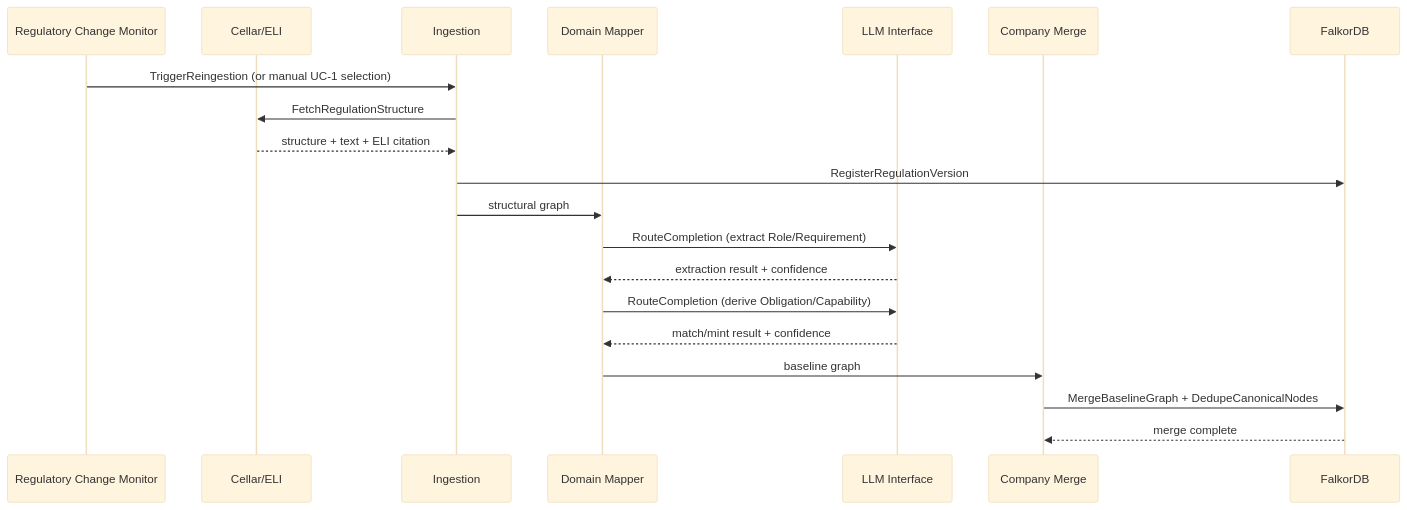
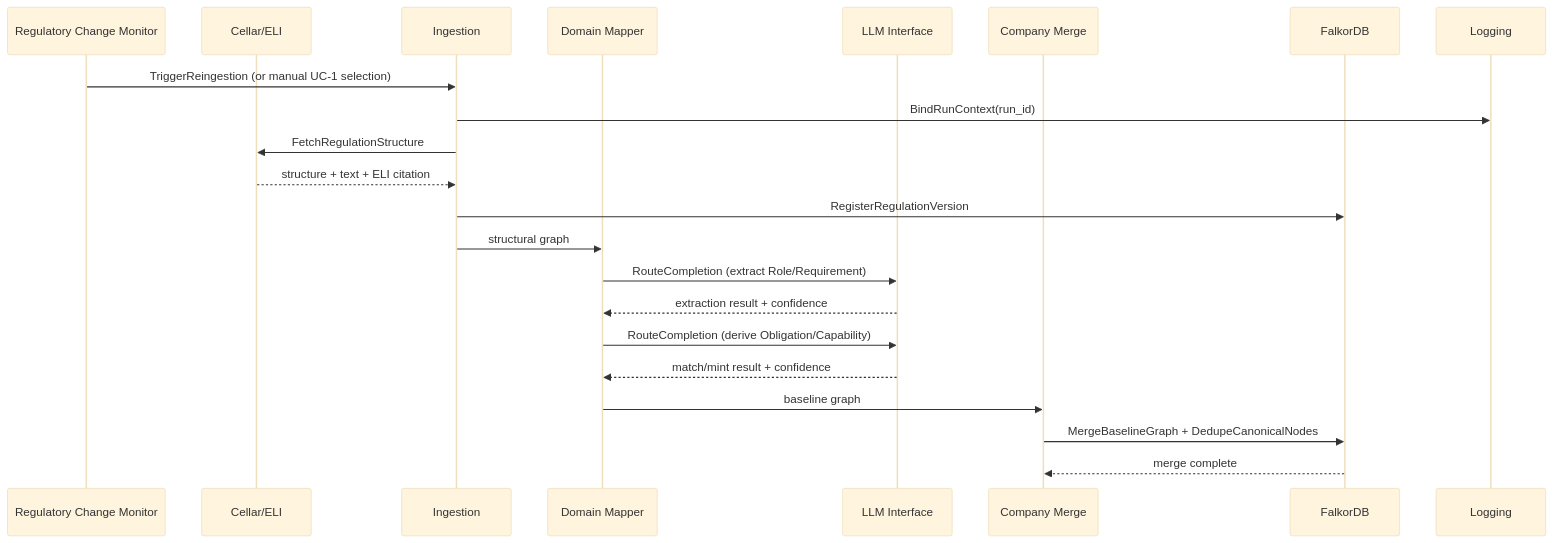
Before and after one commit to mindovermachine-dev/policy-system: the second of 3 diagrams in docs/architecture/ps-service-container-architecture.md, drawn with Mermaid (base theme). The commit also changed other lines of this file and 6 other files, not shown here.

````diff
--- a/docs/architecture/ps-service-container-architecture.md
+++ b/docs/architecture/ps-service-container-architecture.md
@@ -449,25 +500,27 @@
 ```mermaid
 sequenceDiagram
     participant Monitor as Regulatory Change Monitor
     participant Cellar as Cellar/ELI
     participant Ingestion
     participant Mapper as Domain Mapper
     participant LLM as LLM Interface
     participant Merge as Company Merge
     participant DB as FalkorDB
+    participant Logging
 
     Monitor->>Ingestion: TriggerReingestion (or manual UC-1 selection)
+    Ingestion->>Logging: BindRunContext(run_id)
     Ingestion->>Cellar: FetchRegulationStructure
     Cellar-->>Ingestion: structure + text + ELI citation
     Ingestion->>DB: RegisterRegulationVersion
     Ingestion->>Mapper: structural graph
 
     Mapper->>LLM: RouteCompletion (extract Role/Requirement)
     LLM-->>Mapper: extraction result + confidence
     Mapper->>LLM: RouteCompletion (derive Obligation/Capability)
     LLM-->>Mapper: match/mint result + confidence
     Mapper->>Merge: baseline graph
 
     Merge->>DB: MergeBaselineGraph + DedupeCanonicalNodes
     DB-->>Merge: merge complete
 ```
````
